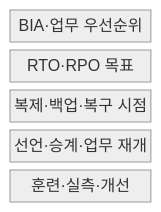
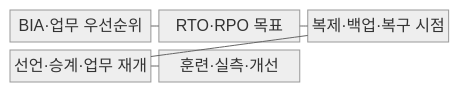
One commit to agnusdei1207/knowledge-base changed the first of 2 diagrams in src/content/docs/notes/06-evaluation/020_rto_rpo.md. Above: the diagram before and after it, drawn with Mermaid (neutral theme). The commit also changed other lines of this file and 53 other files, not shown here.

````diff
--- a/src/content/docs/notes/06-evaluation/020_rto_rpo.md
+++ b/src/content/docs/notes/06-evaluation/020_rto_rpo.md
@@ -59,9 +59,13 @@
 ```mermaid
 block-beta
-  columns 1
+  columns 3
   B["BIA·업무 우선순위"]
   O["RTO·RPO 목표"]
   D["복제·백업·복구 시점"]
   R["선언·승계·업무 재개"]
   V["훈련·실측·개선"]
+  B --- O
+  O --- D
+  D --- R
+  R --- V
 ```
````
